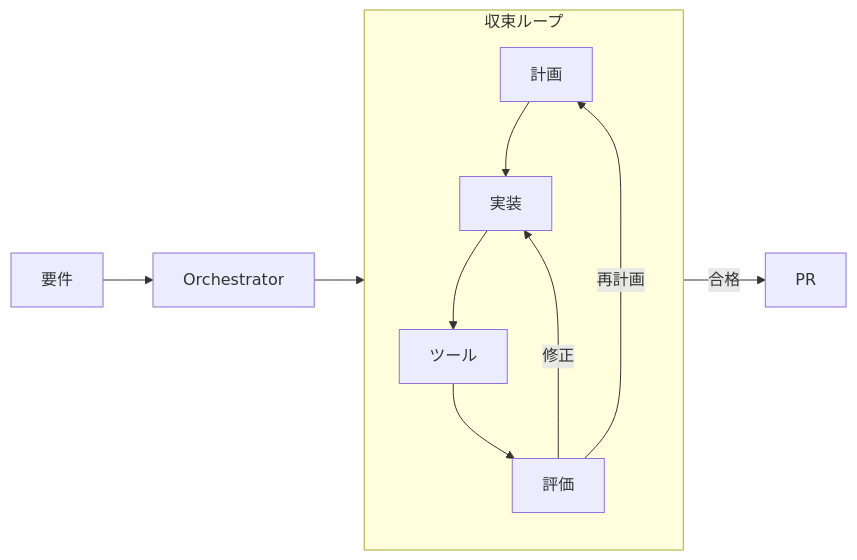
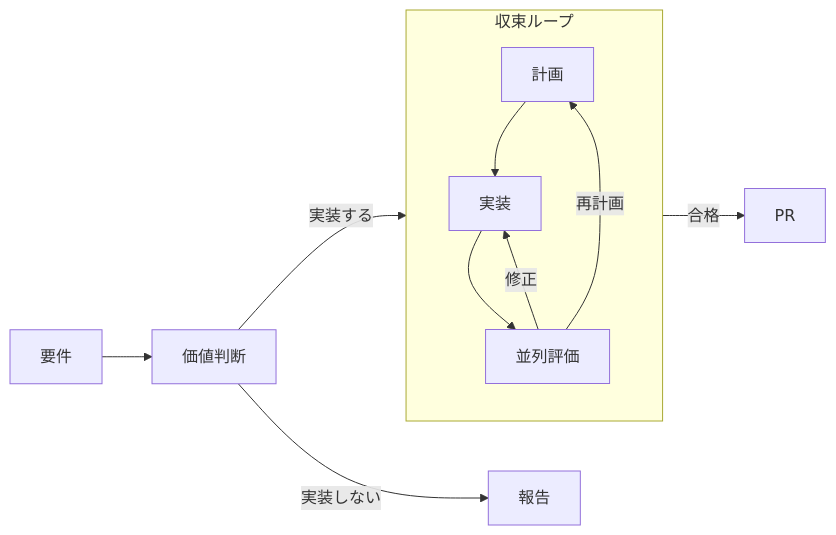
Before and after one commit to yjn279/trinity: the diagram in README.md, drawn with Mermaid. The commit also changed other lines of this file and 12 other files, not shown here.

````diff
--- a/README.md
+++ b/README.md
@@ -42,14 +45,14 @@
 ```mermaid
 flowchart LR
-  requirement[要件] --> orchestrator[Orchestrator]
-  orchestrator --> plan
+  requirement[要件] --> judge[価値判断]
+  judge -->|実装しない| report[報告]
+  judge -->|実装する| plan
   subgraph loop[収束ループ]
     direction TB
     plan[計画] --> generate[実装]
-    generate --> tools[ツール]
-    tools --> evaluate[評価]
+    generate --> evaluate[並列評価]
     evaluate -->|再計画| plan
     evaluate -->|修正| generate
   end
   evaluate -->|合格| pullRequest[PR]
 ```
````
